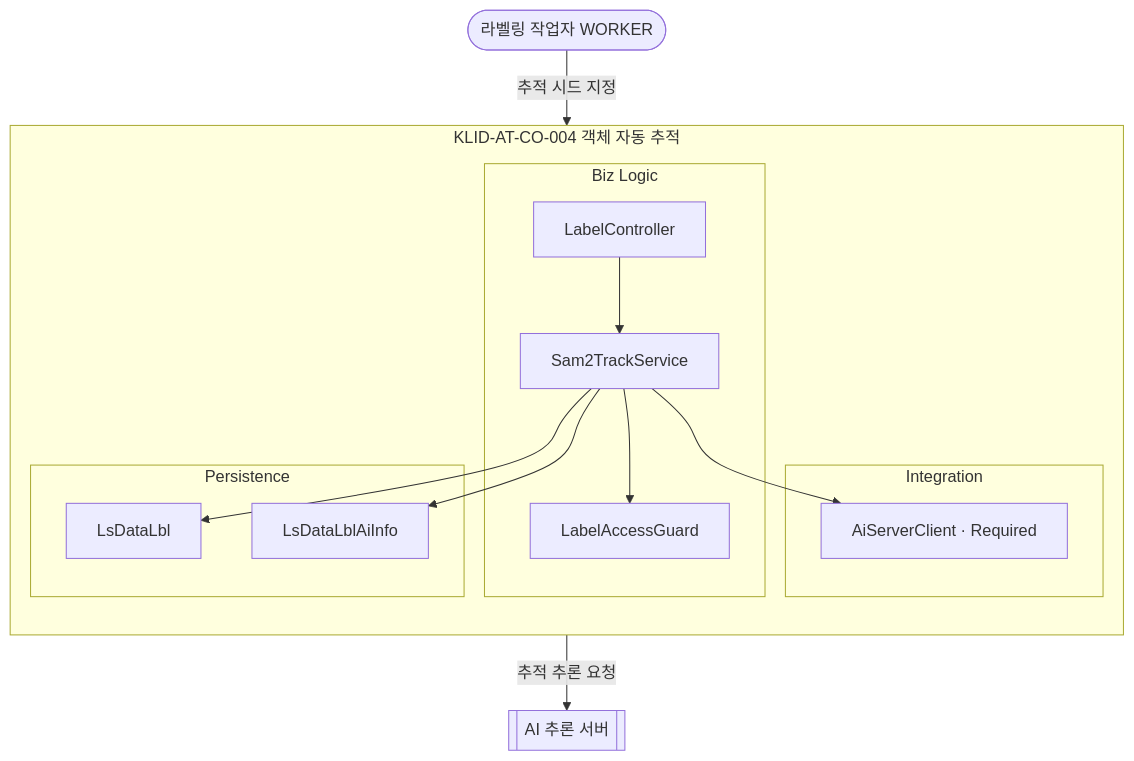
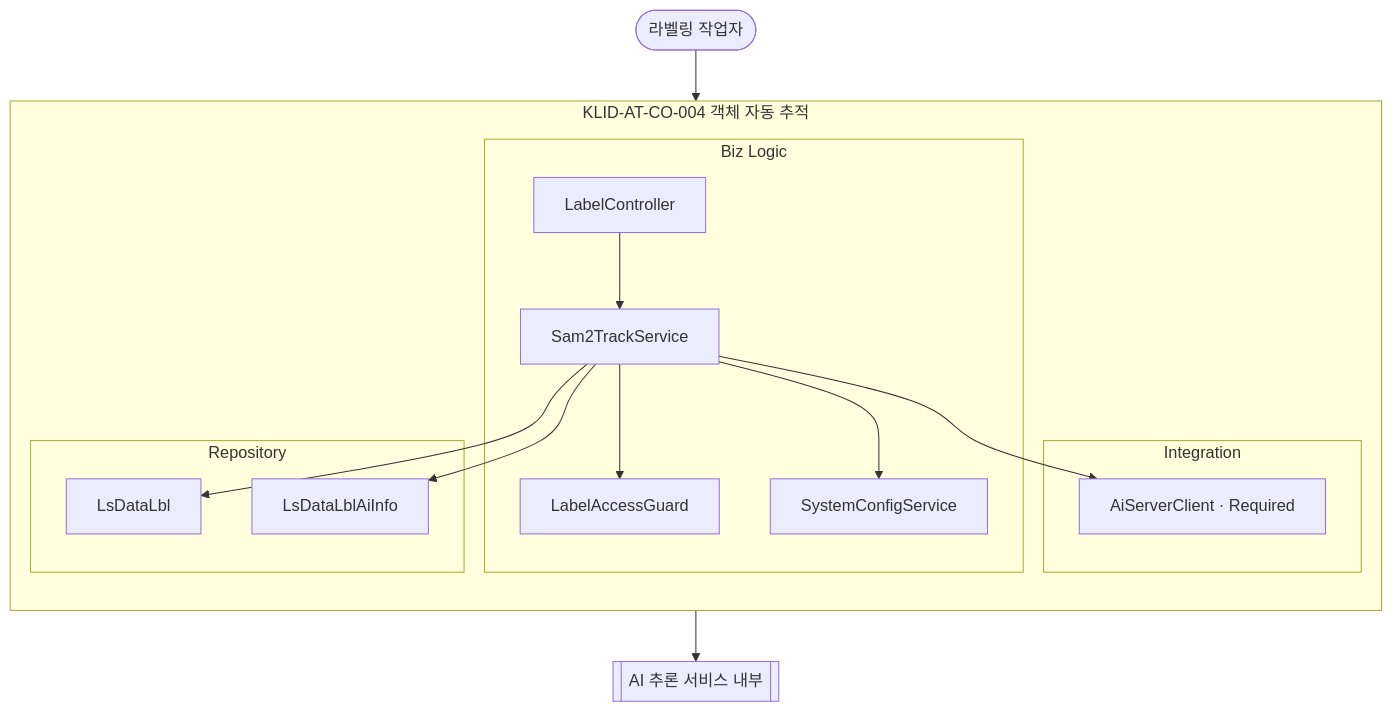
The fourth of 18 diagrams in docs/design/D3-컴포넌트설계서.md (New-stella/klid-label), drawn with Mermaid before and after one commit. The commit also changed other lines of this file and 7 other files, not shown here.

````diff
--- a/docs/design/D3-컴포넌트설계서.md
+++ b/docs/design/D3-컴포넌트설계서.md
@@ -131,27 +134,29 @@
 ```mermaid
 flowchart TD
-    WORKER([라벨링 작업자 WORKER])
-    AISVR[[AI 추론 서버]]
+    WORKER([라벨링 작업자])
+    AISVC[[AI 추론 서비스 내부]]
     subgraph CO004[KLID-AT-CO-004 객체 자동 추적]
         direction TB
         subgraph BIZ4[Biz Logic]
             LC[LabelController]
             STS[Sam2TrackService]
             LAG[LabelAccessGuard]
+            SCS[SystemConfigService]
         end
         subgraph INT4[Integration]
-            AISC[AiServerClient · Required]
+            ASC[AiServerClient · Required]
         end
-        subgraph PER4[Persistence]
-            LDL[LsDataLbl]
-            LAI[LsDataLblAiInfo]
+        subgraph REP4[Repository]
+            LBL4[LsDataLbl]
+            AII[LsDataLblAiInfo]
         end
         LC --> STS
         STS --> LAG
-        STS --> AISC
-        STS --> LDL
-        STS --> LAI
+        STS --> ASC
+        STS --> SCS
+        STS --> LBL4
+        STS --> AII
     end
-    WORKER -->|추적 시드 지정| LC
-    AISC -->|추적 추론 요청| AISVR
+    WORKER --> LC
+    ASC --> AISVC
 ```
````
